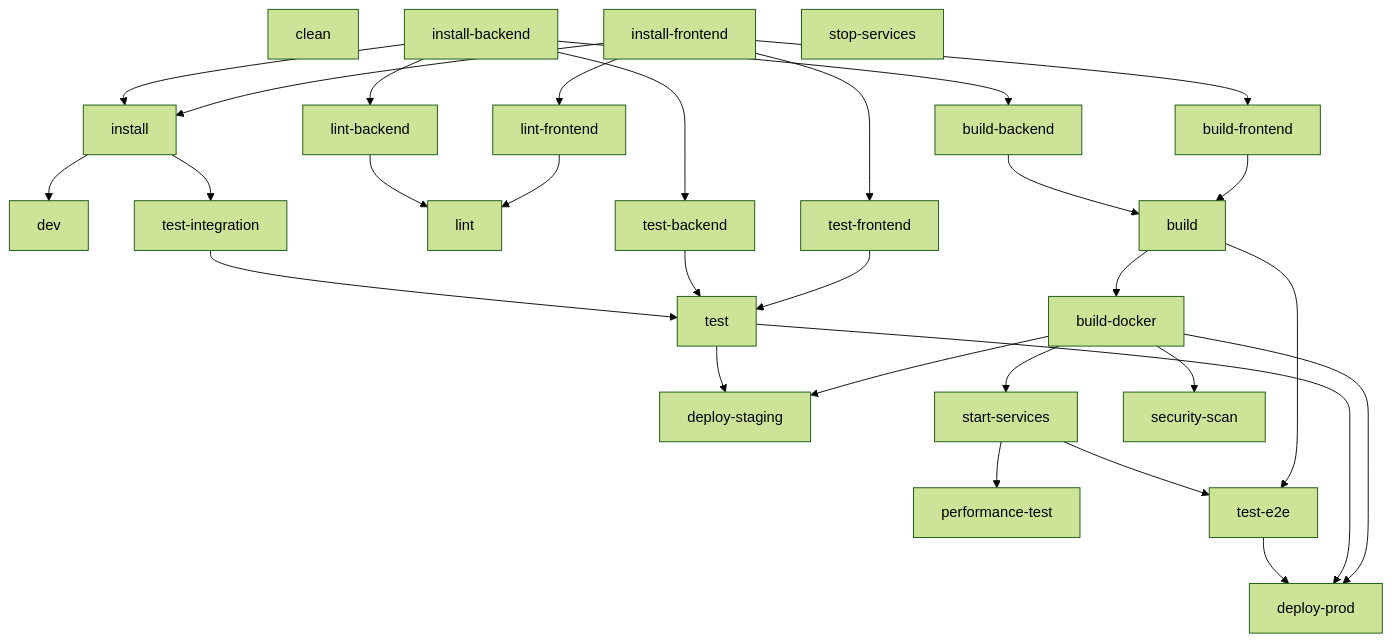
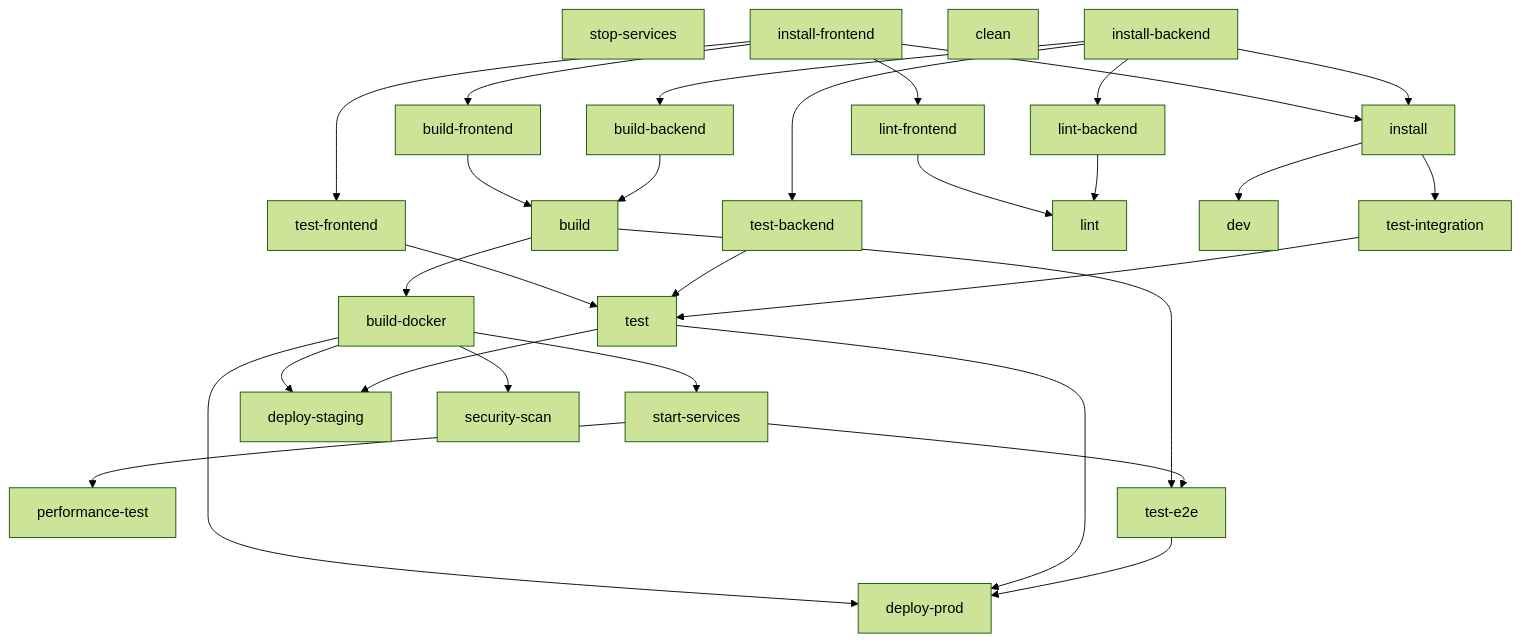
Before and after one commit to nichecode/pipeline-analyzer: the diagram in examples/complex-webapp/.discovery/pipeline-analyzer/gotask/tasks/dependency-graph.md, drawn with Mermaid (forest theme). The commit also changed other lines of this file and 27 other files, not shown here.

````diff
--- a/examples/complex-webapp/.discovery/pipeline-analyzer/gotask/tasks/dependency-graph.md
+++ b/examples/complex-webapp/.discovery/pipeline-analyzer/gotask/tasks/dependency-graph.md
@@ -13,54 +13,54 @@
 ```mermaid
 graph TD
+    lint-frontend["lint-frontend"]
+    build["build"]
+    build-backend["build-backend"]
+    start-services["start-services"]
+    stop-services["stop-services"]
+    install-frontend["install-frontend"]
+    test["test"]
+    lint-backend["lint-backend"]
     deploy-staging["deploy-staging"]
+    clean["clean"]
+    install-backend["install-backend"]
+    test-integration["test-integration"]
+    build-docker["build-docker"]
+    deploy-prod["deploy-prod"]
     performance-test["performance-test"]
-    clean["clean"]
+    test-backend["test-backend"]
+    lint["lint"]
+    build-frontend["build-frontend"]
+    security-scan["security-scan"]
     dev["dev"]
-    install-backend["install-backend"]
-    test["test"]
+    install["install"]
     test-frontend["test-frontend"]
     test-e2e["test-e2e"]
-    lint["lint"]
-    build-backend["build-backend"]
-    start-services["start-services"]
-    install["install"]
-    install-frontend["install-frontend"]
-    test-backend["test-backend"]
-    build["build"]
-    lint-backend["lint-backend"]
-    build-frontend["build-frontend"]
-    build-docker["build-docker"]
-    stop-services["stop-services"]
-    deploy-prod["deploy-prod"]
-    security-scan["security-scan"]
-    test-integration["test-integration"]
-    lint-frontend["lint-frontend"]
+    install --> test-integration
+    build-docker --> deploy-prod
+    test --> deploy-prod
+    test-e2e --> deploy-prod
+    start-services --> performance-test
+    lint-frontend --> lint
+    lint-backend --> lint
+    install-frontend --> build-frontend
+    install-backend --> build-backend
+    build-docker --> start-services
+    build --> build-docker
+    install-backend --> test-backend
     install-frontend --> install
     install-backend --> install
-    build --> build-docker
+    install-frontend --> lint-frontend
+    build-frontend --> build
+    build-backend --> build
+    install-backend --> lint-backend
+    build-docker --> security-scan
+    install-frontend --> test-frontend
     build --> test-e2e
     start-services --> test-e2e
-    install-backend --> test-backend
-    build-frontend --> build
-    build-backend --> build
-    install-frontend --> lint-frontend
-    start-services --> performance-test
-    install --> dev
-    install-backend --> build-backend
-    build-docker --> start-services
-    install-backend --> lint-backend
-    build-docker --> security-scan
-    install --> test-integration
     test-frontend --> test
     test-backend --> test
     test-integration --> test
-    install-frontend --> build-frontend
-    build-docker --> deploy-prod
-    test --> deploy-prod
-    test-e2e --> deploy-prod
     build-docker --> deploy-staging
     test --> deploy-staging
-    install-frontend --> test-frontend
-    lint-frontend --> lint
-    lint-backend --> lint
+    install --> dev
 ```
````
